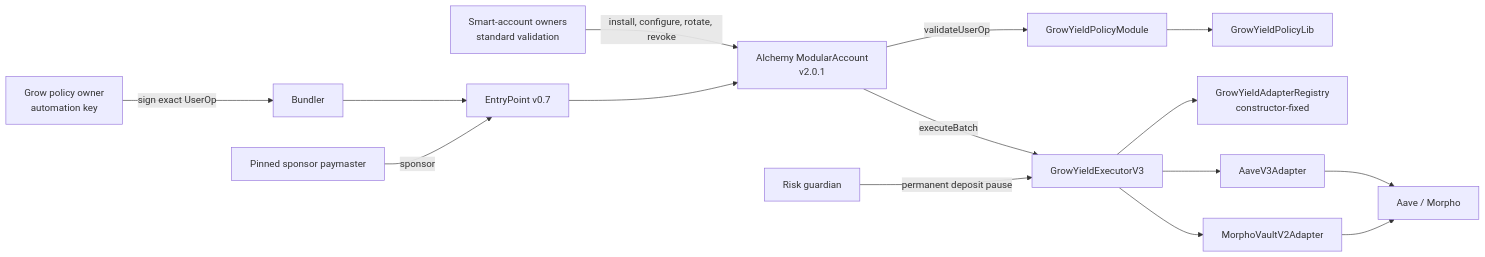
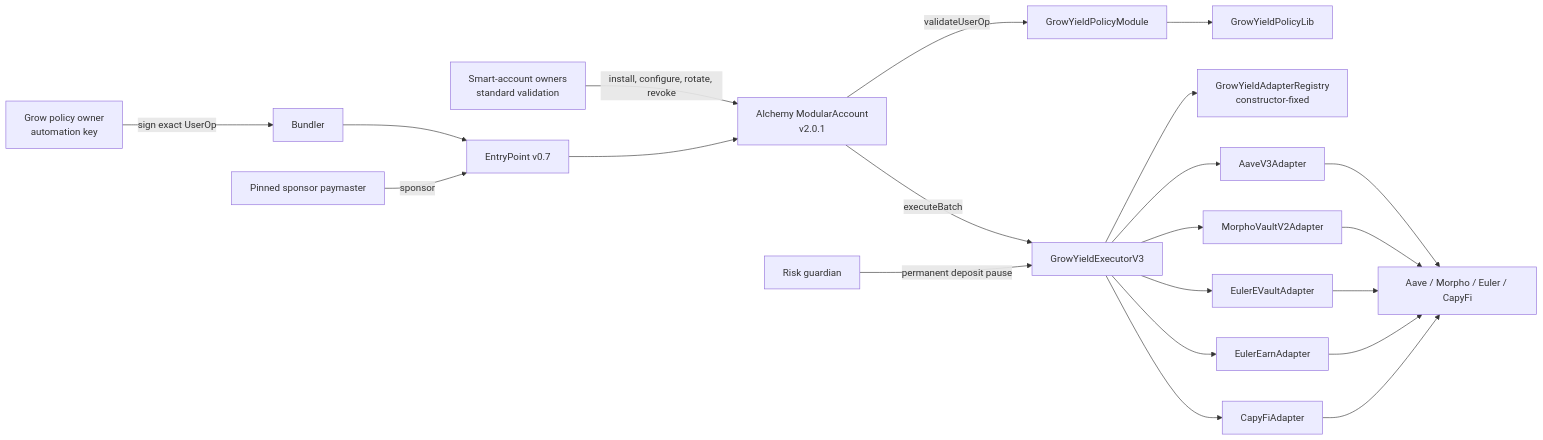
The first of 4 diagrams in docs/VALIDATION-MODULE-ARCHITECTURE.md (getgrowapp/smart-contracts), drawn with Mermaid before and after one commit. The commit also changed other lines of this file and 18 other files, not shown here.

First line of the commit message:
Add immutable Euler EVK/Earn and CapyFi yield adapters.

````diff
--- a/docs/VALIDATION-MODULE-ARCHITECTURE.md
+++ b/docs/VALIDATION-MODULE-ARCHITECTURE.md
@@ -20,32 +20,41 @@
 ```mermaid
 flowchart LR
     Owners["Smart-account owners\nstandard validation"]
     PolicyOwner["Grow policy owner\nautomation key"]
     Bundler[Bundler]
     EP["EntryPoint v0.7"]
     Account["Alchemy ModularAccount\nv2.0.1"]
     Policy["GrowYieldPolicyModule"]
     PolicyLib["GrowYieldPolicyLib"]
     Executor["GrowYieldExecutorV3"]
     Registry["GrowYieldAdapterRegistry\nconstructor-fixed"]
     Guardian["Risk guardian"]
     Aave[AaveV3Adapter]
     Morpho[MorphoVaultV2Adapter]
-    Venues["Aave / Morpho"]
+    EulerEVK[EulerEVaultAdapter]
+    EulerEarn[EulerEarnAdapter]
+    Capy[CapyFiAdapter]
+    Venues["Aave / Morpho / Euler / CapyFi"]
     Paymaster["Pinned sponsor paymaster"]
 
     Owners -->|install, configure, rotate, revoke| Account
     PolicyOwner -->|sign exact UserOp| Bundler
     Bundler --> EP
     Paymaster -->|sponsor| EP
     EP --> Account
     Account -->|validateUserOp| Policy
     Policy --> PolicyLib
     Account -->|executeBatch| Executor
     Executor --> Registry
     Executor --> Aave
     Executor --> Morpho
+    Executor --> EulerEVK
+    Executor --> EulerEarn
+    Executor --> Capy
     Aave --> Venues
     Morpho --> Venues
+    EulerEVK --> Venues
+    EulerEarn --> Venues
+    Capy --> Venues
     Guardian -->|permanent deposit pause| Executor
 ```
````
